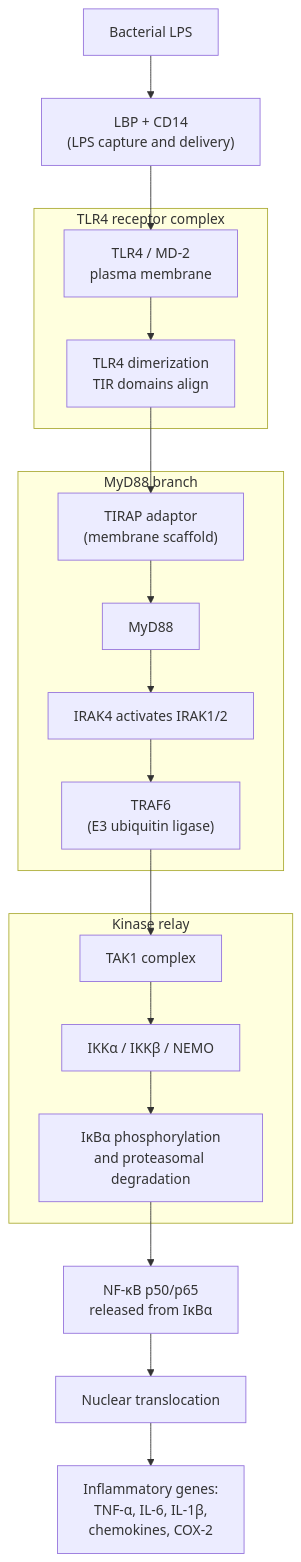
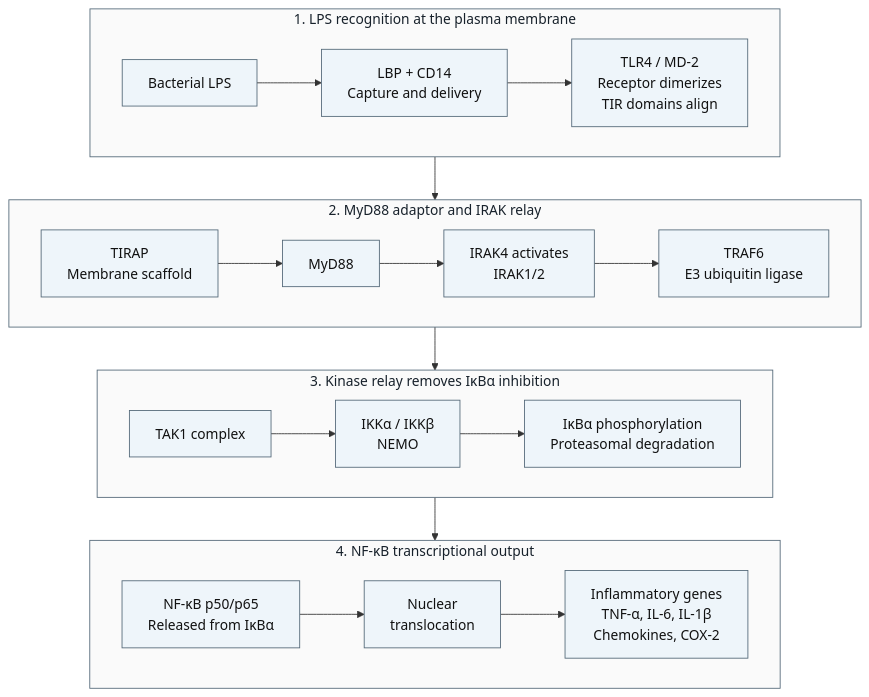
One commit to docxology/biology_textbook changed the second of 5 diagrams in docs/manuscript/unit_IX/immune_system_defense.md. Above: the diagram before and after it, drawn with Mermaid. The commit also changed other lines of this file and 41 other files, not shown here.

````diff
--- a/docs/manuscript/unit_IX/immune_system_defense.md
+++ b/docs/manuscript/unit_IX/immune_system_defense.md
@@ -111,41 +111,34 @@
 ```mermaid
+---
+config:
+  layout: dagre
+---
 flowchart TD
-    LPS["Bacterial LPS"]
-    Capture["LBP + CD14<br/>(LPS capture and delivery)"]
-
-    subgraph Receptor ["TLR4 receptor complex"]
-        TLR4["TLR4 / MD-2<br/>plasma membrane"]
-        Dimer["TLR4 dimerization<br/>TIR domains align"]
+    subgraph Recognition["1. LPS recognition at the plasma membrane"]
+        direction LR
+        LPS["Bacterial LPS"] --> Capture["LBP + CD14<br/>Capture and delivery"]
+        Capture --> TLR4["TLR4 / MD-2<br/>Receptor dimerizes<br/>TIR domains align"]
     end
-
-    subgraph Myddosome ["MyD88 branch"]
-        Tirap["TIRAP adaptor<br/>(membrane scaffold)"]
-        MyD88["MyD88"]
-        IRAK["IRAK4 activates IRAK1/2"]
-        TRAF6["TRAF6<br/>(E3 ubiquitin ligase)"]
+    subgraph Myddosome["2. MyD88 adaptor and IRAK relay"]
+        direction LR
+        Tirap["TIRAP<br/>Membrane scaffold"] --> MyD88["MyD88"]
+        MyD88 --> IRAK["IRAK4 activates<br/>IRAK1/2"] --> TRAF6["TRAF6<br/>E3 ubiquitin ligase"]
     end
-
-    subgraph Kinase ["Kinase relay"]
-        TAK1["TAK1 complex"]
-        IKK["IKKα / IKKβ / NEMO"]
-        IkB["IκBα phosphorylation<br/>and proteasomal degradation"]
+    subgraph Kinase["3. Kinase relay removes IκBα inhibition"]
+        direction LR
+        TAK1["TAK1 complex"] --> IKK["IKKα / IKKβ<br/>NEMO"]
+        IKK --> IkB["IκBα phosphorylation<br/>Proteasomal degradation"]
     end
-
-    NFkB["NF-κB p50/p65<br/>released from IκBα"]
-    Nucleus["Nuclear translocation"]
-    Genes["Inflammatory genes:<br/>TNF-α, IL-6, IL-1β,<br/>chemokines, COX-2"]
-
-    LPS --> Capture
-    Capture --> TLR4
-    TLR4 --> Dimer
-    Dimer --> Tirap
-    Tirap --> MyD88
-    MyD88 --> IRAK
-    IRAK --> TRAF6
-    TRAF6 --> TAK1
-    TAK1 --> IKK
-    IKK --> IkB
-    IkB --> NFkB
-    NFkB --> Nucleus
-    Nucleus --> Genes
+    subgraph Transcription["4. NF-κB transcriptional output"]
+        direction LR
+        NFkB["NF-κB p50/p65<br/>Released from IκBα"] --> Nucleus["Nuclear<br/>translocation"]
+        Nucleus --> Genes["Inflammatory genes<br/>TNF-α, IL-6, IL-1β<br/>Chemokines, COX-2"]
+    end
+    Recognition --> Myddosome --> Kinase --> Transcription
+    classDef readable fill:#eef5fa,stroke:#526777,color:#111111
+    class LPS,Capture,TLR4,Tirap,MyD88,IRAK,TRAF6,TAK1,IKK,IkB,NFkB,Nucleus,Genes readable
+    style Recognition fill:#fafafa,stroke:#526777,color:#17212b
+    style Myddosome fill:#fafafa,stroke:#526777,color:#17212b
+    style Kinase fill:#fafafa,stroke:#526777,color:#17212b
+    style Transcription fill:#fafafa,stroke:#526777,color:#17212b
 ```
````
